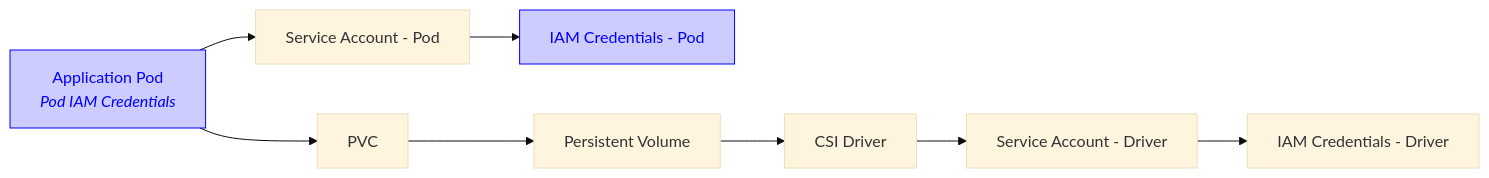
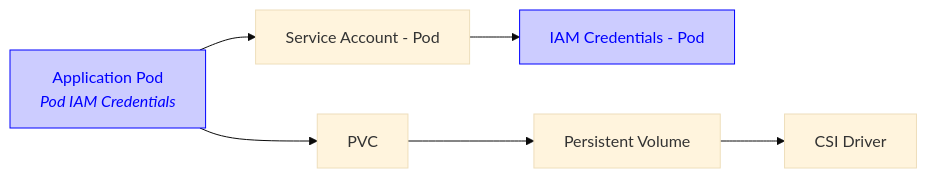
One commit to awslabs/mountpoint-s3-csi-driver changed the fourth of 4 diagrams in docs/CONFIGURATION.md. Above: the diagram before and after it, drawn with Mermaid (base theme). The commit also changed other lines of this file, not shown here.

First line of the commit message:
Remove unneeded nodes in docs diagrams

````diff
--- a/docs/CONFIGURATION.md
+++ b/docs/CONFIGURATION.md
@@ -202,32 +208,28 @@
 ```mermaid
 graph LR;
     CSI[CSI Driver]
 
     P["`Application Pod
     *Pod IAM Credentials*`"]
 
-    SA_D[Service Account - Driver]
     SA_P[Service Account - Pod]
 
-    IAM_D[IAM Credentials - Driver]
     IAM_P[IAM Credentials - Pod]
 
     PV[Persistent Volume]
     PVC[PVC]
 
     P --> PVC
 
     PVC --> PV
 
     PV --> CSI
 
-    CSI --> SA_D
     P --> SA_P
 
-    SA_D --> IAM_D
     SA_P --> IAM_P
 
 
     style IAM_P stroke:#0000ff,fill:#ccccff,color:#0000ff
     style P stroke:#0000ff,fill:#ccccff,color:#0000ff
 ```
````
